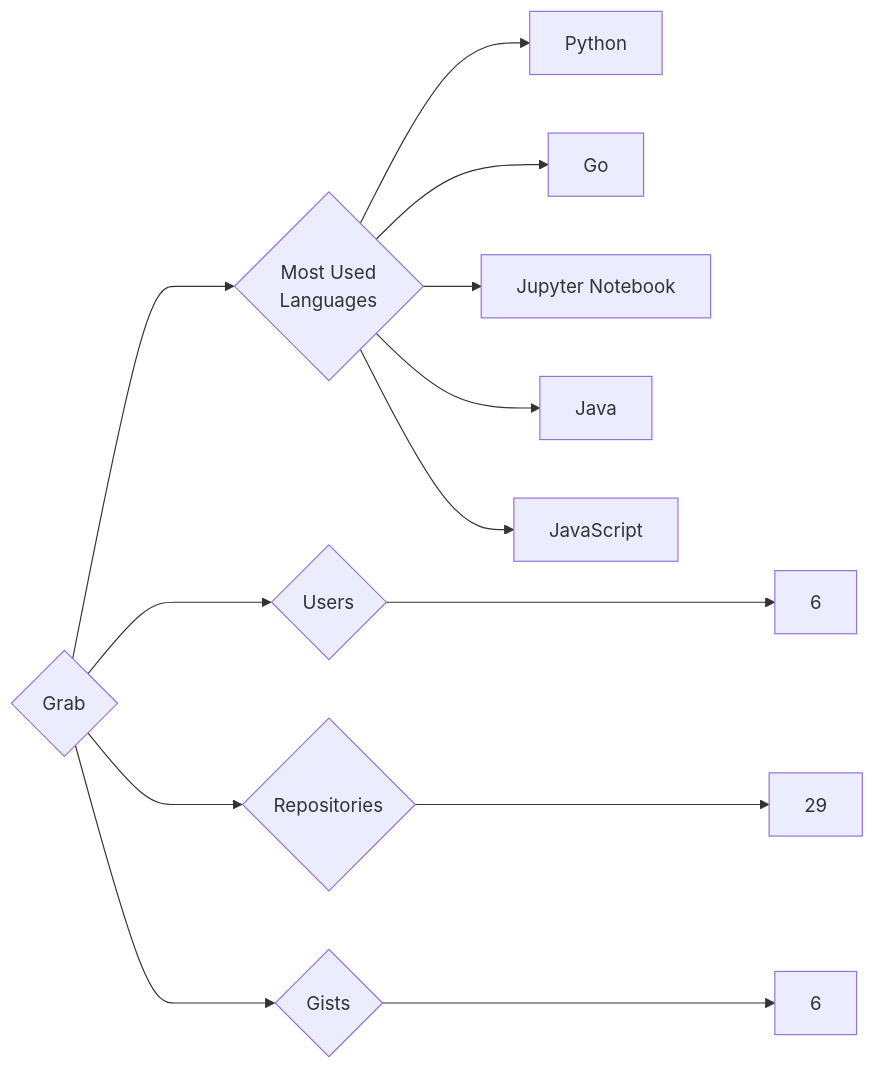
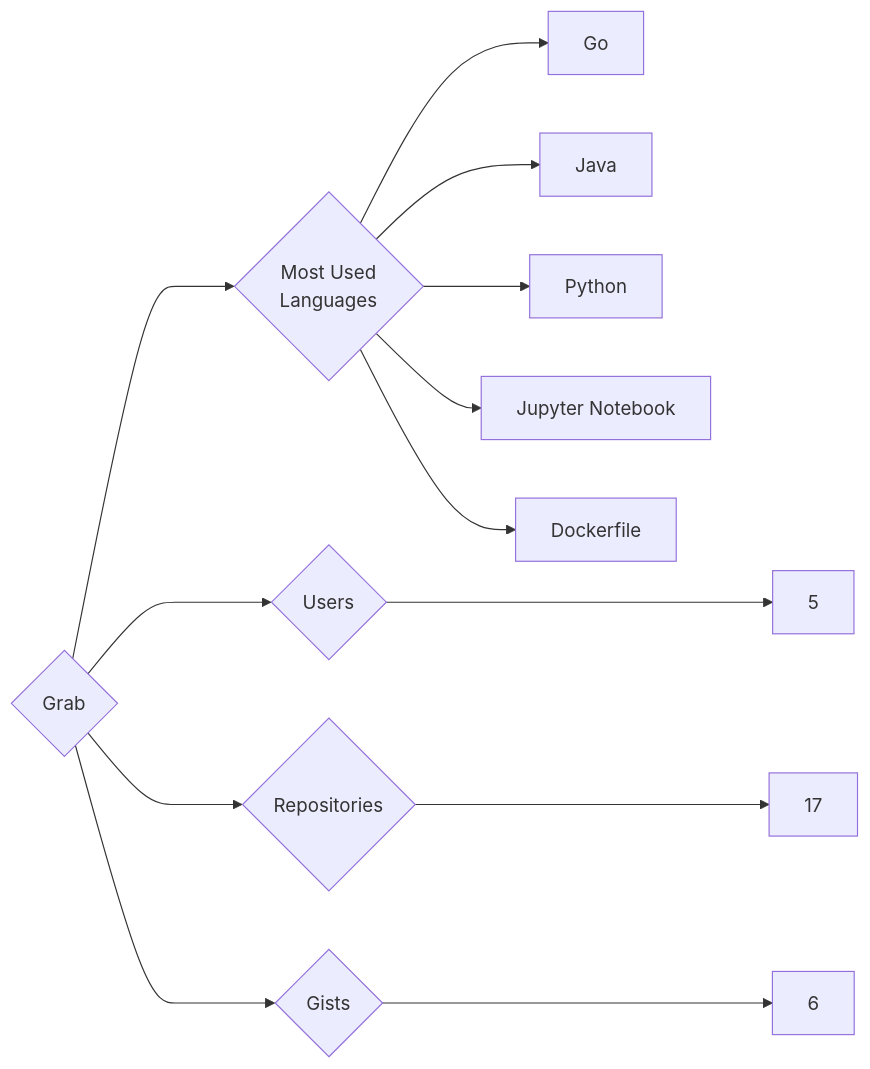
The diagram in targets/Grab/README.md (trickest/insiders), drawn with Mermaid before and after one commit. The commit also changed 985 other files, not shown here.

````diff
--- a/targets/Grab/README.md
+++ b/targets/Grab/README.md
@@ -3,13 +3,13 @@
 ```mermaid
 graph LR
 COMPANY_NAME{Grab}
-COMPANY_NAME ---> U{Users} ---> UN[6]
-COMPANY_NAME ---> R{Repositories} ---> RN[29]
+COMPANY_NAME ---> U{Users} ---> UN[5]
+COMPANY_NAME ---> R{Repositories} ---> RN[17]
 COMPANY_NAME ---> G{Gists} ---> GN[6]
 COMPANY_NAME ---> ML{Most Used<br>Languages}
+ML --> Go[Go]
+ML --> Java[Java]
 ML --> Python[Python]
-ML --> Go[Go]
 ML --> Jupyter_Notebook[Jupyter Notebook]
-ML --> Java[Java]
-ML --> JavaScript[JavaScript]
+ML --> Dockerfile[Dockerfile]
 ```
````
